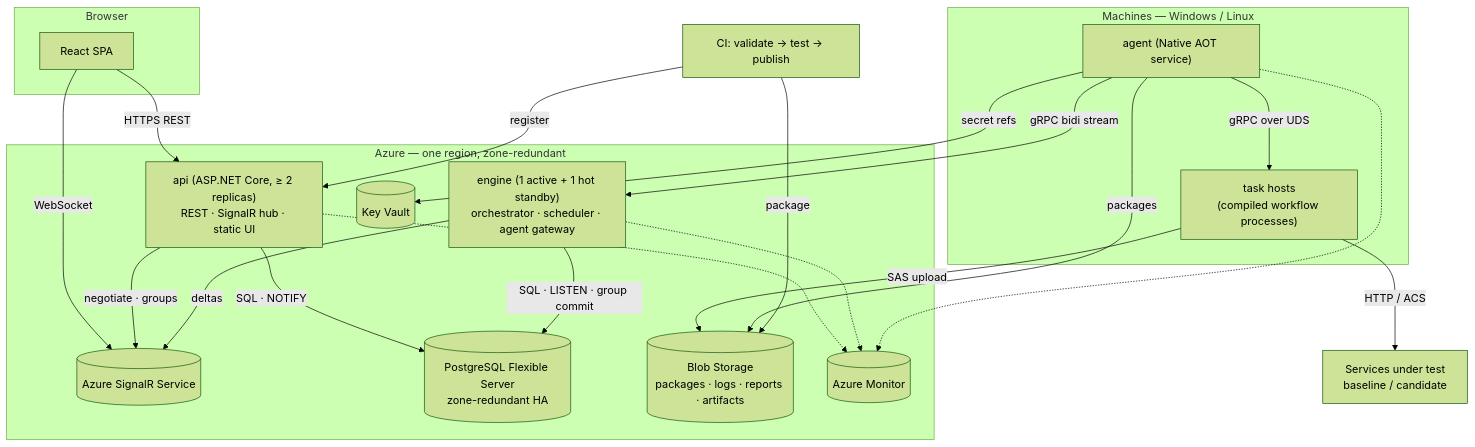
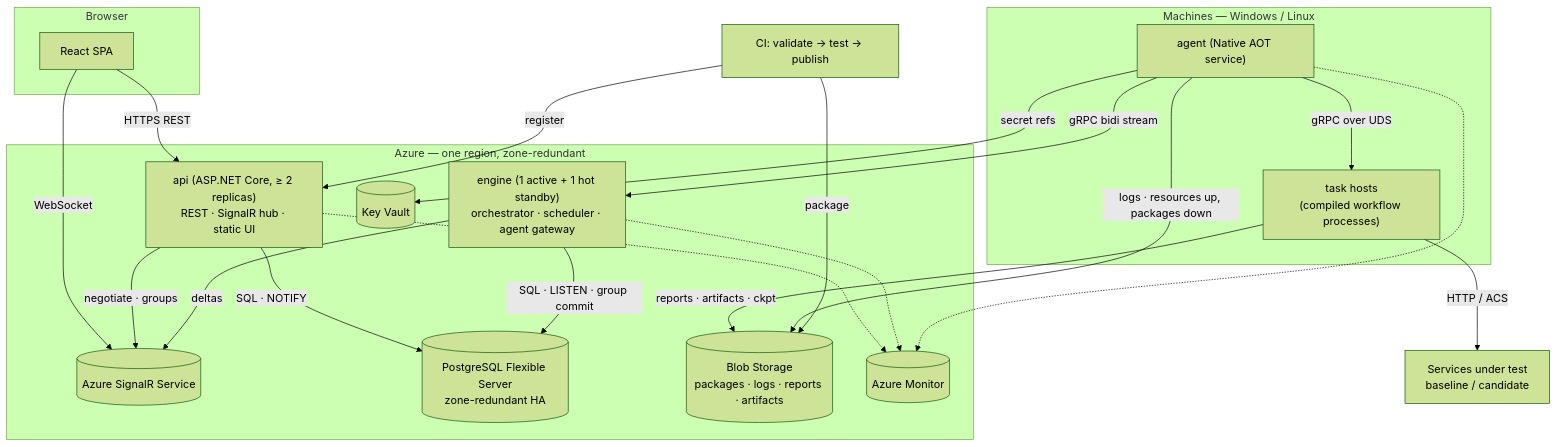
One commit to sonapraneeth-akula-dev/workflow-scheduler changed the first of 10 diagrams in docs/plans/2026-10-13_workflow-scheduler_technical-design.md. Above: the diagram before and after it, drawn with Mermaid (forest theme). The commit also changed other lines of this file and 17 other files, not shown here.

````diff
--- a/docs/plans/2026-10-13_workflow-scheduler_technical-design.md
+++ b/docs/plans/2026-10-13_workflow-scheduler_technical-design.md
@@ -77,38 +76,38 @@
 ```mermaid
 graph TD
   subgraph Browser
     UI["React SPA"]
   end
   subgraph Azure["Azure — one region, zone-redundant"]
     API["api (ASP.NET Core, ≥ 2 replicas)<br/>REST · SignalR hub · static UI"]
     SR[("Azure SignalR Service")]
     ENG["engine (1 active + 1 hot standby)<br/>orchestrator · scheduler · agent gateway"]
     PG[("PostgreSQL Flexible Server<br/>zone-redundant HA")]
     BLOB[("Blob Storage<br/>packages · logs · reports · artifacts")]
     KV[("Key Vault")]
     MON[("Azure Monitor")]
   end
   subgraph Machines["Machines — Windows / Linux"]
     AG["agent (Native AOT service)"]
     TH["task hosts<br/>(compiled workflow processes)"]
   end
   CI["CI: validate → test → publish"]
   SUT["Services under test<br/>baseline / candidate"]
   UI -- "HTTPS REST" --> API
   UI -- "WebSocket" --> SR
   API -- "negotiate · groups" --> SR
   ENG -- "deltas" --> SR
   API -- "SQL · NOTIFY" --> PG
   ENG -- "SQL · LISTEN · group commit" --> PG
   AG -- "gRPC bidi stream" --> ENG
   AG -- "gRPC over UDS" --> TH
-  TH -- "SAS upload" --> BLOB
-  AG -- "packages" --> BLOB
+  TH -- "reports · artifacts · ckpt" --> BLOB
+  AG -- "logs · resources up, packages down" --> BLOB
   TH -- "HTTP / ACS" --> SUT
   AG -- "secret refs" --> KV
   CI -- "register" --> API
   CI -- "package" --> BLOB
   API -.-> MON
   ENG -.-> MON
   AG -.-> MON
 ```
````
